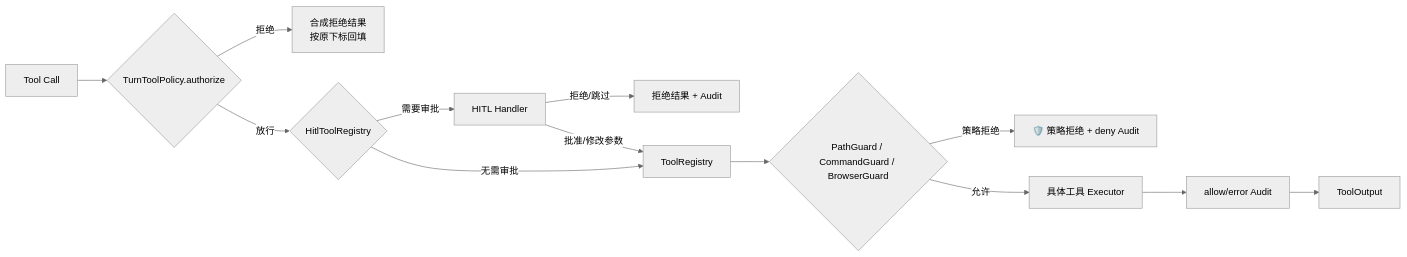
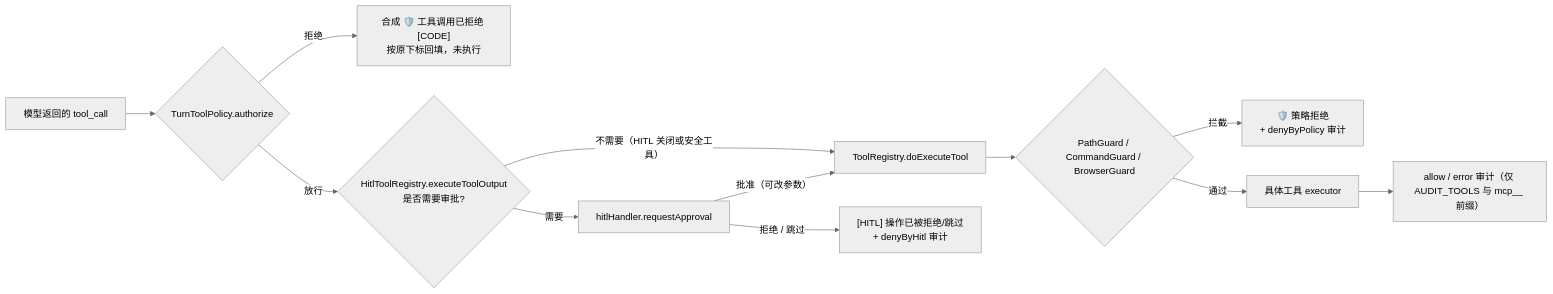
Before and after one commit to zgjdev/Code-Agent: the third of 3 diagrams in docs/dev/01-react-agent.md, drawn with Mermaid (neutral theme). The commit also changed other lines of this file and 5 other files, not shown here.

````diff
--- a/docs/dev/01-react-agent.md
+++ b/docs/dev/01-react-agent.md
@@ -371,15 +568,14 @@
 ```mermaid
 flowchart LR
-    TC[Tool Call] --> TTP{TurnToolPolicy.authorize}
-    TTP -->|拒绝| SYN[合成拒绝结果<br/>按原下标回填]
-    TTP -->|放行| HR{HitlToolRegistry}
-    HR -->|需要审批| AP[HITL Handler]
-    AP -->|拒绝/跳过| DENY[拒绝结果 + Audit]
-    AP -->|批准/修改参数| REG[ToolRegistry]
-    HR -->|无需审批| REG
-    REG --> PG{PathGuard / CommandGuard / BrowserGuard}
-    PG -->|策略拒绝| DENY2[🛡️ 策略拒绝 + deny Audit]
-    PG -->|允许| EX[具体工具 Executor]
-    EX --> AUDIT[allow/error Audit]
-    AUDIT --> RESULT[ToolOutput]
+    TC["模型返回的 tool_call"] --> AUTH{"TurnToolPolicy.authorize"}
+    AUTH -- "拒绝" --> SYN["合成 🛡️ 工具调用已拒绝 [CODE]<br/>按原下标回填，未执行"]
+    AUTH -- "放行" --> HITL{"HitlToolRegistry.executeToolOutput<br/>是否需要审批?"}
+    HITL -- "不需要（HITL 关闭或安全工具）" --> REG["ToolRegistry.doExecuteTool"]
+    HITL -- "需要" --> PROMPT["hitlHandler.requestApproval"]
+    PROMPT -- "拒绝 / 跳过" --> DENY["[HITL] 操作已被拒绝/跳过<br/>+ denyByHitl 审计"]
+    PROMPT -- "批准（可改参数）" --> REG
+    REG --> GUARD{"PathGuard / CommandGuard / BrowserGuard"}
+    GUARD -- "拦截" --> DENY2["🛡️ 策略拒绝<br/>+ denyByPolicy 审计"]
+    GUARD -- "通过" --> EX["具体工具 executor"]
+    EX --> AUDIT["allow / error 审计（仅 AUDIT_TOOLS 与 mcp__ 前缀）"]
 ```
````
